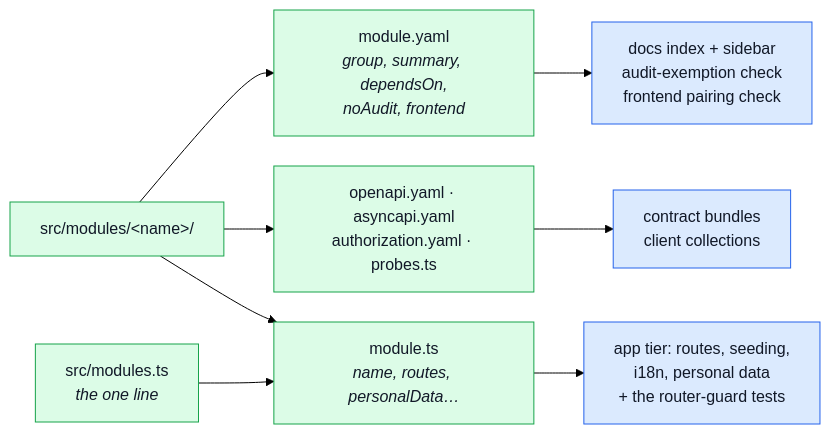
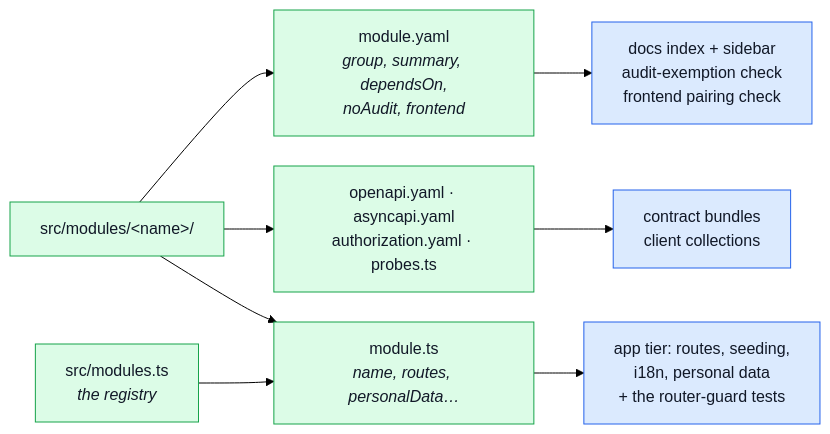
One commit to Guebbit/boilerplate-node-backend changed the first of 5 diagrams in docs/theory/module-lifecycle.md. Above: the diagram before and after it, drawn with Mermaid (forest theme). The commit also changed other lines of this file and 4 other files, not shown here.

````diff
--- a/docs/theory/module-lifecycle.md
+++ b/docs/theory/module-lifecycle.md
@@ -21,15 +22,15 @@
 ```mermaid
 %%{init: {'flowchart': {'nodeSpacing': 30, 'rankSpacing': 50}}}%%
 flowchart LR
     M["src/modules/&lt;name&gt;/"] --> Y["module.yaml<br/><i>group, summary, dependsOn,<br/>noAudit, frontend</i>"]
     M --> F["openapi.yaml · asyncapi.yaml<br/>authorization.yaml · probes.ts"]
     M --> T["module.ts<br/><i>name, routes, personalData…</i>"]
-    R["src/modules.ts<br/><i>the one line</i>"] --> T
+    R["src/modules.ts<br/><i>the registry</i>"] --> T
     Y --> D["docs index + sidebar<br/>audit-exemption check<br/>frontend pairing check"]
     F --> B["contract bundles<br/>client collections"]
     T --> A["app tier: routes, seeding,<br/>i18n, personal data<br/>+ the router-guard tests"]
     classDef own fill:#dcfce7,stroke:#16a34a,color:#111827;
     classDef read fill:#dbeafe,stroke:#2563eb,color:#111827;
     class M,Y,F,T,R own;
     class D,B,A read;
 ```
````
